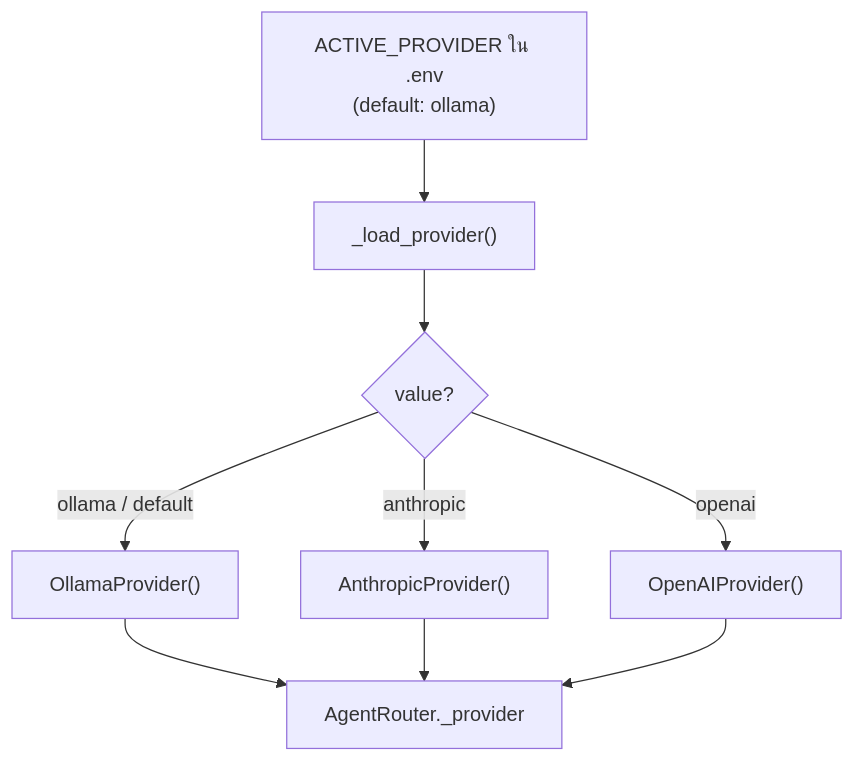
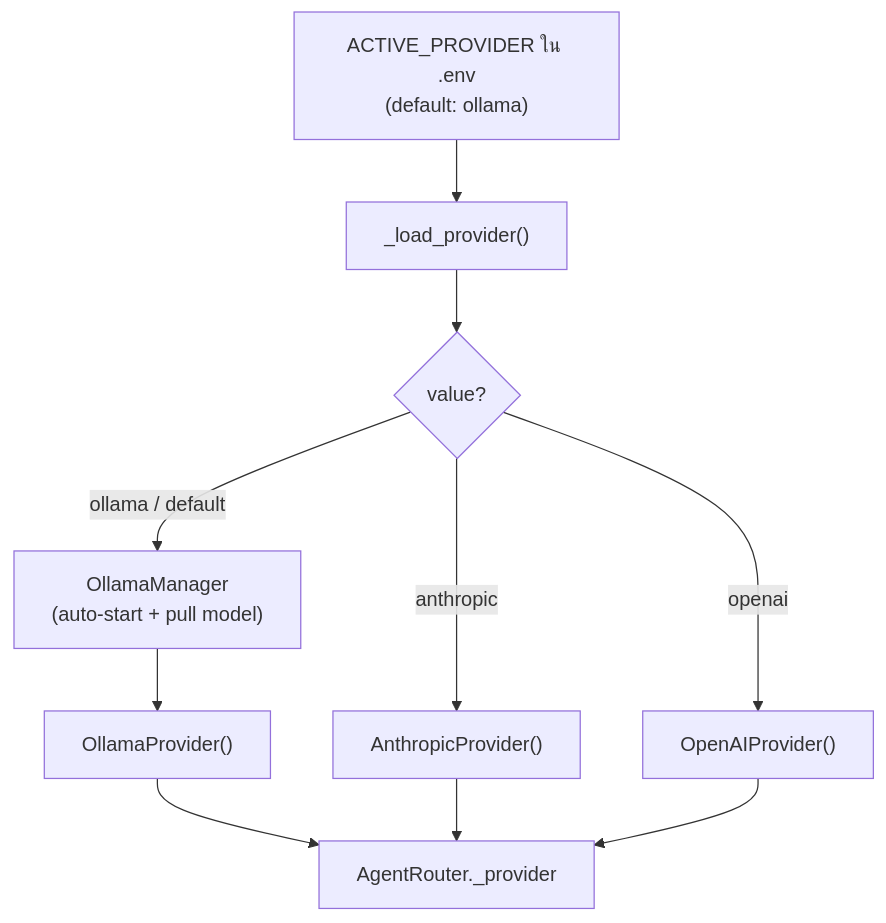
One commit to KhunKomkrit/agentbk changed the second of 4 diagrams in docs/04-llm-providers.md. Above: the diagram before and after it, drawn with Mermaid. The commit also changed other lines of this file and 12 other files, not shown here.

First line of the commit message:
feat: integrate OllamaManager for auto-start and model management

````diff
--- a/docs/04-llm-providers.md
+++ b/docs/04-llm-providers.md
@@ -99,15 +99,16 @@
 ```mermaid
 flowchart TD
     ENV["ACTIVE_PROVIDER ใน .env\n(default: ollama)"]
     LOAD["_load_provider()"]
     CHECK{value?}
+    OM["OllamaManager\n(auto-start + pull model)"]
     OLL["OllamaProvider()"]
     ANT["AnthropicProvider()"]
     OAI["OpenAIProvider()"]
     ROUTER["AgentRouter._provider"]
 
     ENV --> LOAD --> CHECK
-    CHECK -->|ollama / default| OLL --> ROUTER
+    CHECK -->|ollama / default| OM --> OLL --> ROUTER
     CHECK -->|anthropic| ANT --> ROUTER
     CHECK -->|openai| OAI --> ROUTER
 ```
````
